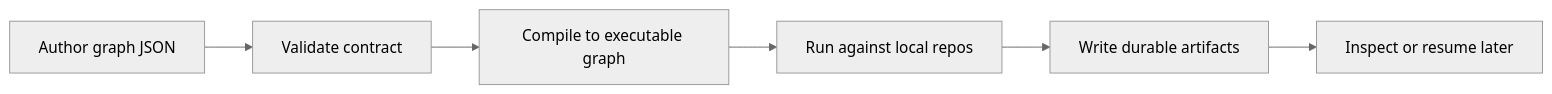
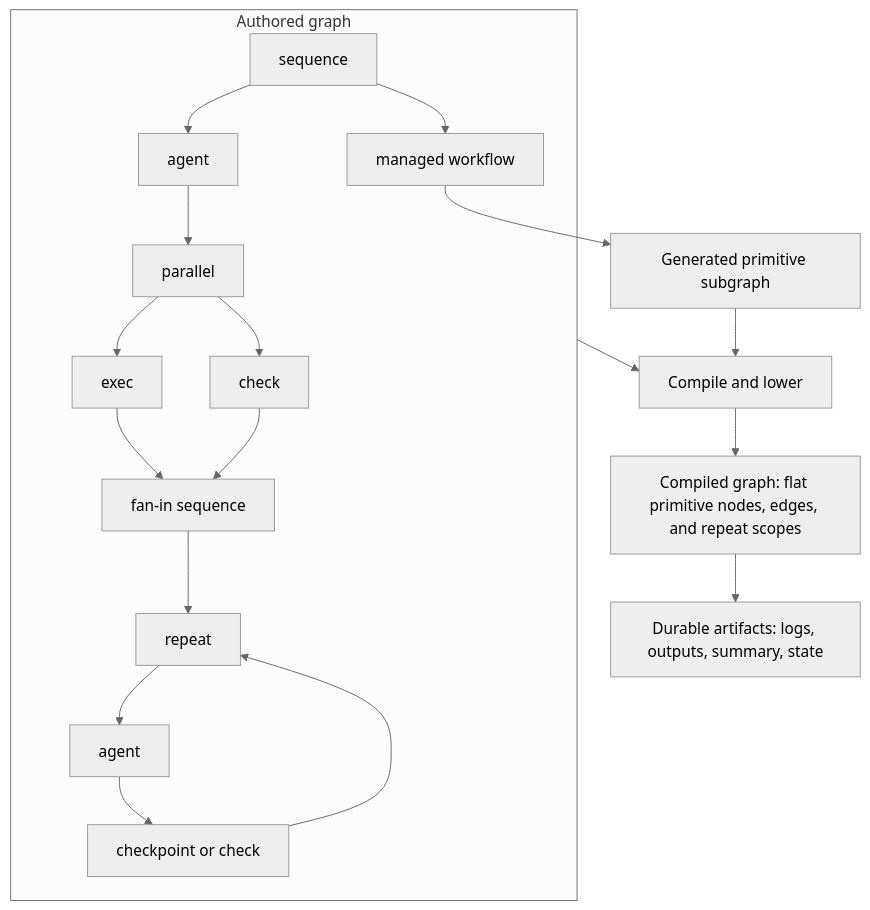
One commit to koji98/agentflow changed the diagram in README.md. Above: the diagram before and after it, drawn with Mermaid (neutral theme). The commit also changed other lines of this file, not shown here.

````diff
--- a/README.md
+++ b/README.md
@@ -7,8 +9,30 @@
 ```mermaid
-flowchart LR
-    authored["Author graph JSON"] --> validate["Validate contract"]
-    validate --> compile["Compile to executable graph"]
-    compile --> run["Run against local repos"]
-    run --> artifacts["Write durable artifacts"]
-    artifacts --> inspect["Inspect or resume later"]
+flowchart TD
+    subgraph authored["Authored graph"]
+        start["sequence"]
+        inspect["agent"]
+        fanout["parallel"]
+        execNode["exec"]
+        aiCheck["check"]
+        merge["fan-in sequence"]
+        loop["repeat"]
+        revise["agent"]
+        gate["checkpoint or check"]
+        workflow["managed workflow"]
+
+        start --> inspect --> fanout
+        fanout --> execNode
+        fanout --> aiCheck
+        execNode --> merge
+        aiCheck --> merge
+        merge --> loop
+        loop --> revise --> gate --> loop
+        start --> workflow
+    end
+
+    authored --> compile["Compile and lower"]
+    workflow --> lowered["Generated primitive subgraph"]
+    lowered --> compile
+    compile --> runtime["Compiled graph: flat primitive nodes, edges, and repeat scopes"]
+    runtime --> artifacts["Durable artifacts: logs, outputs, summary, state"]
 ```
````
